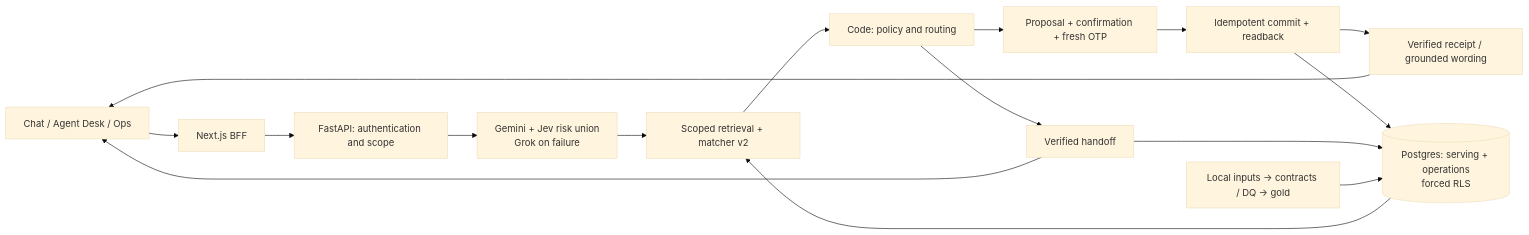
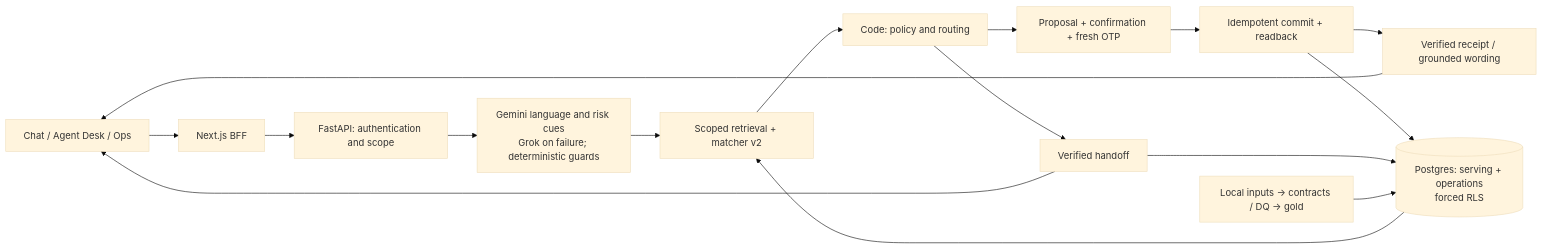
Before and after one commit to sebastian-gm/factored-hackathon-2026-sebastian: the diagram in README.md, drawn with Mermaid (base theme). The commit also changed other lines of this file and 16 other files, not shown here.

````diff
--- a/README.md
+++ b/README.md
@@ -36,18 +38,18 @@
 ```mermaid
 flowchart LR
   UI[Chat / Agent Desk / Ops] --> BFF[Next.js BFF]
   BFF --> API[FastAPI: authentication and scope]
-  API --> NLU[Gemini + Jev risk union\nGrok on failure]
+  API --> NLU[Gemini language and risk cues\nGrok on failure; deterministic guards]
   NLU --> MATCH[Scoped retrieval + matcher v2]
   MATCH --> RULES[Code: policy and routing]
   RULES --> CONFIRM[Proposal + confirmation + fresh OTP]
   CONFIRM --> WRITE[Idempotent commit + readback]
   WRITE --> REPLY[Verified receipt / grounded wording]
   RULES --> HUMAN[Verified handoff]
   REPLY --> UI
   HUMAN --> UI
   DB[(Postgres: serving + operations\nforced RLS)] --> MATCH
   WRITE --> DB
   HUMAN --> DB
   DATA[Local inputs → contracts / DQ → gold] --> DB
 ```
````
